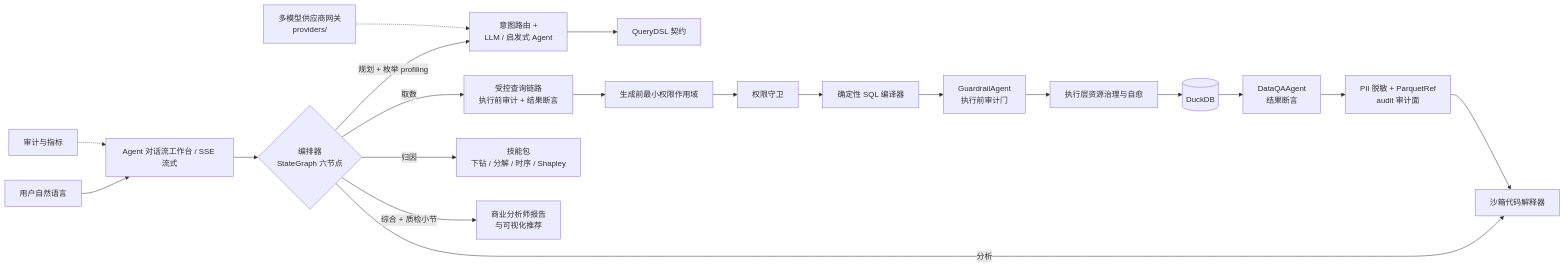
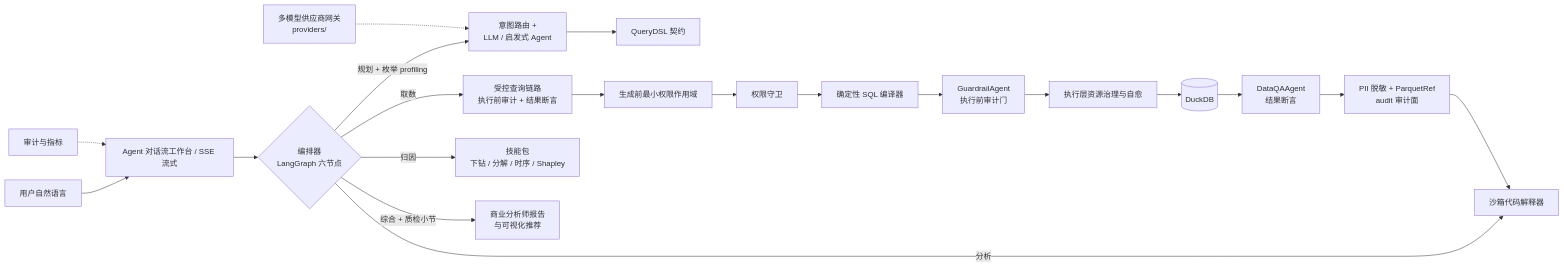
One commit to Cwentor/DataAgent changed the first of 4 diagrams in docs/architecture.md. Above: the diagram before and after it, drawn with Mermaid. The commit also changed other lines of this file and 11 other files, not shown here.

````diff
--- a/docs/architecture.md
+++ b/docs/architecture.md
@@ -7,22 +7,22 @@
 ```mermaid
 flowchart LR
     U[用户自然语言] --> WEB[Agent 对话流工作台 / SSE 流式]
-    WEB --> ORCH{编排器<br>StateGraph 六节点}
+    WEB --> ORCH{编排器<br>LangGraph 六节点}
     ORCH -->|规划 + 枚举 profiling| AG[意图路由 +<br>LLM / 启发式 Agent]
     ORCH -->|取数| QRY[受控查询链路<br>执行前审计 + 结果断言]
     ORCH -->|分析| SBX[沙箱代码解释器]
     ORCH -->|归因| SKL[技能包<br>下钻 / 分解 / 时序 / Shapley]
     ORCH -->|综合 + 质检小节| PRES[商业分析师报告<br>与可视化推荐]
     AG --> DSL[QueryDSL 契约]
     QRY --> SCOPE[生成前最小权限作用域]
     SCOPE --> GUARD[权限守卫]
     GUARD --> CMP[确定性 SQL 编译器]
     CMP --> GA[GuardrailAgent<br>执行前审计门]
     GA --> EXEC[执行层资源治理与自愈]
     EXEC --> DB[(DuckDB)]
     DB --> QA[DataQAAgent<br>结果断言]
     QA --> RET[PII 脱敏 + ParquetRef<br>audit 审计面]
     RET --> SBX
     LLMGW[多模型供应商网关<br>providers/] -.-> AG
     AUD[审计与指标] -.-> WEB
 ```
````
